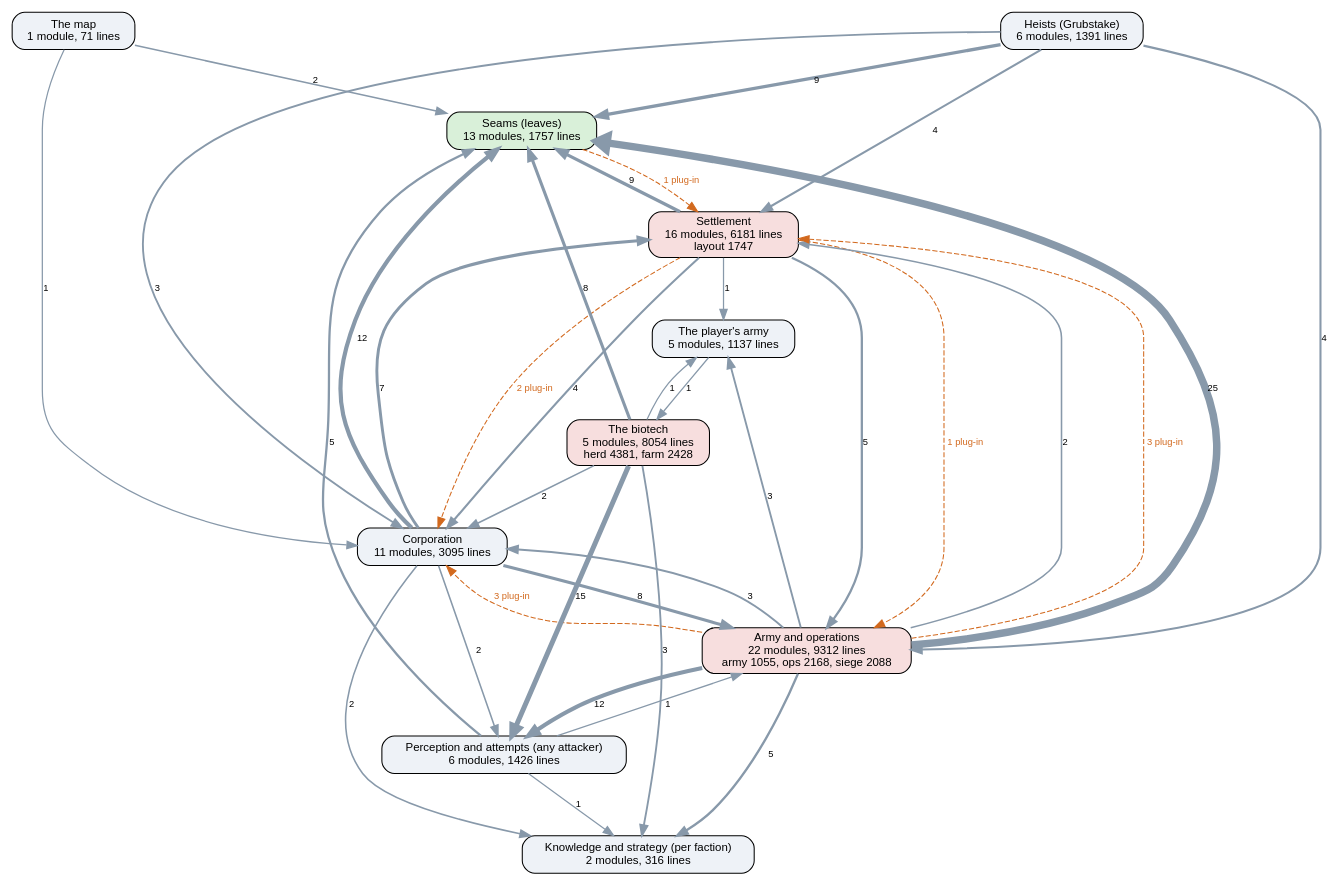
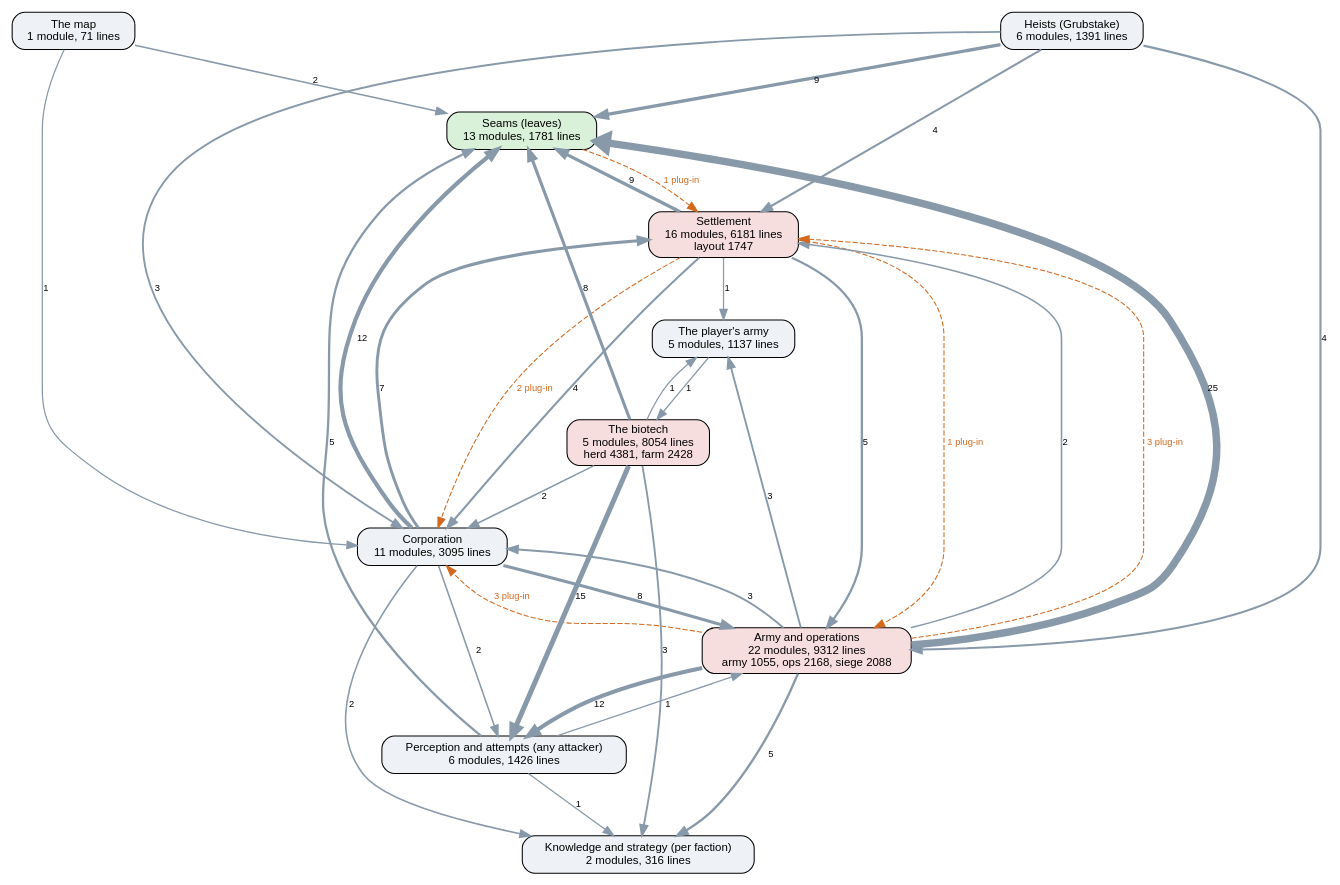
One commit to kinelhu/landing-party changed the diagram in docs/ai-layers.dot. Above: the diagram before and after it, drawn with Graphviz. The commit also changed 9 other files, not shown here.

```diff
--- a/docs/ai-layers.dot
+++ b/docs/ai-layers.dot
@@ -1,50 +1,50 @@
 digraph layers {
   graph [rankdir=TB, fontname="Helvetica", nodesep=0.5, ranksep=0.7];
   node [shape=box, style="rounded,filled", fontname="Helvetica", fontsize=11, fillcolor="#eef2f7"];
   edge [color="#8899aa", fontname="Helvetica", fontsize=9];
-  "Seams (leaves)" [label="Seams (leaves)\n13 modules, 1757 lines", fillcolor="#d9f0d9"];
+  "Seams (leaves)" [label="Seams (leaves)\n13 modules, 1781 lines", fillcolor="#d9f0d9"];
   "Perception and attempts (any attacker)" [label="Perception and attempts (any attacker)\n6 modules, 1426 lines", fillcolor="#eef2f7"];
   "Knowledge and strategy (per faction)" [label="Knowledge and strategy (per faction)\n2 modules, 316 lines", fillcolor="#eef2f7"];
   "Corporation" [label="Corporation\n11 modules, 3095 lines", fillcolor="#eef2f7"];
   "Settlement" [label="Settlement\n16 modules, 6181 lines\nlayout 1747", fillcolor="#f7dede"];
   "Army and operations" [label="Army and operations\n22 modules, 9312 lines\narmy 1055, ops 2168, siege 2088", fillcolor="#f7dede"];
   "Heists (Grubstake)" [label="Heists (Grubstake)\n6 modules, 1391 lines", fillcolor="#eef2f7"];
   "The biotech" [label="The biotech\n5 modules, 8054 lines\nherd 4381, farm 2428", fillcolor="#f7dede"];
   "The map" [label="The map\n1 module, 71 lines", fillcolor="#eef2f7"];
   "The player's army" [label="The player's army\n5 modules, 1137 lines", fillcolor="#eef2f7"];
   "Army and operations" -> "Corporation" [label="3", penwidth=1.8];
   "Army and operations" -> "Knowledge and strategy (per faction)" [label="5", penwidth=2.2];
   "Army and operations" -> "Perception and attempts (any attacker)" [label="12", penwidth=4.0];
   "Army and operations" -> "Seams (leaves)" [label="25", penwidth=7.2];
   "Army and operations" -> "Settlement" [label="2", penwidth=1.5];
   "Army and operations" -> "The player's army" [label="3", penwidth=1.8];
   "Corporation" -> "Army and operations" [label="8", penwidth=3.0];
   "Corporation" -> "Knowledge and strategy (per faction)" [label="2", penwidth=1.5];
   "Corporation" -> "Perception and attempts (any attacker)" [label="2", penwidth=1.5];
   "Corporation" -> "Seams (leaves)" [label="12", penwidth=4.0];
   "Corporation" -> "Settlement" [label="7", penwidth=2.8];
   "Heists (Grubstake)" -> "Army and operations" [label="4", penwidth=2.0];
   "Heists (Grubstake)" -> "Corporation" [label="3", penwidth=1.8];
   "Heists (Grubstake)" -> "Seams (leaves)" [label="9", penwidth=3.2];
   "Heists (Grubstake)" -> "Settlement" [label="4", penwidth=2.0];
   "Perception and attempts (any attacker)" -> "Army and operations" [label="1", penwidth=1.2];
   "Perception and attempts (any attacker)" -> "Knowledge and strategy (per faction)" [label="1", penwidth=1.2];
   "Perception and attempts (any attacker)" -> "Seams (leaves)" [label="5", penwidth=2.2];
   "Settlement" -> "Army and operations" [label="5", penwidth=2.2];
   "Settlement" -> "Corporation" [label="4", penwidth=2.0];
   "Settlement" -> "Seams (leaves)" [label="9", penwidth=3.2];
   "Settlement" -> "The player's army" [label="1", penwidth=1.2];
   "The biotech" -> "Corporation" [label="2", penwidth=1.5];
   "The biotech" -> "Knowledge and strategy (per faction)" [label="3", penwidth=1.8];
   "The biotech" -> "Perception and attempts (any attacker)" [label="15", penwidth=4.8];
   "The biotech" -> "Seams (leaves)" [label="8", penwidth=3.0];
   "The biotech" -> "The player's army" [label="1", penwidth=1.2];
   "The map" -> "Corporation" [label="1", penwidth=1.2];
   "The map" -> "Seams (leaves)" [label="2", penwidth=1.5];
   "The player's army" -> "The biotech" [label="1", penwidth=1.2];
   "Army and operations" -> "Corporation" [style=dashed, color="#d2691e", fontcolor="#d2691e", label="3 plug-in"];
   "Army and operations" -> "Settlement" [style=dashed, color="#d2691e", fontcolor="#d2691e", label="3 plug-in"];
   "Seams (leaves)" -> "Settlement" [style=dashed, color="#d2691e", fontcolor="#d2691e", label="1 plug-in"];
   "Settlement" -> "Army and operations" [style=dashed, color="#d2691e", fontcolor="#d2691e", label="1 plug-in"];
   "Settlement" -> "Corporation" [style=dashed, color="#d2691e", fontcolor="#d2691e", label="2 plug-in"];
 }
```
